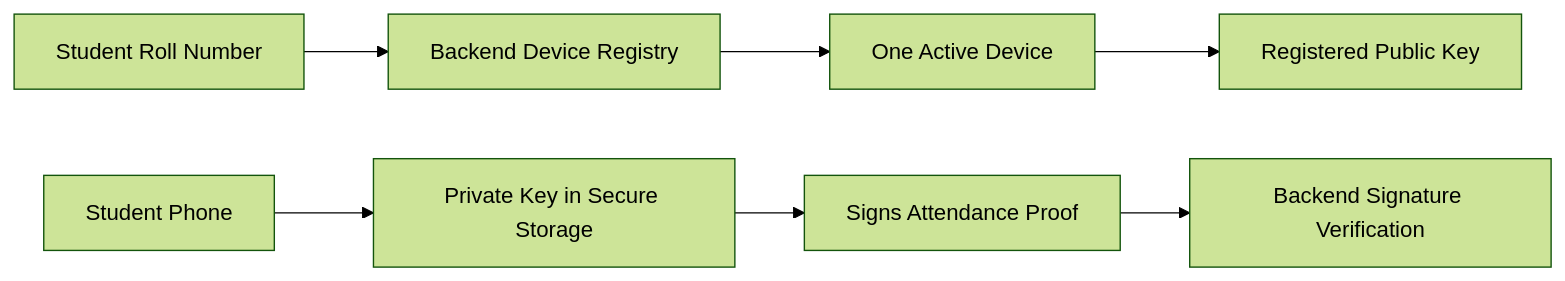
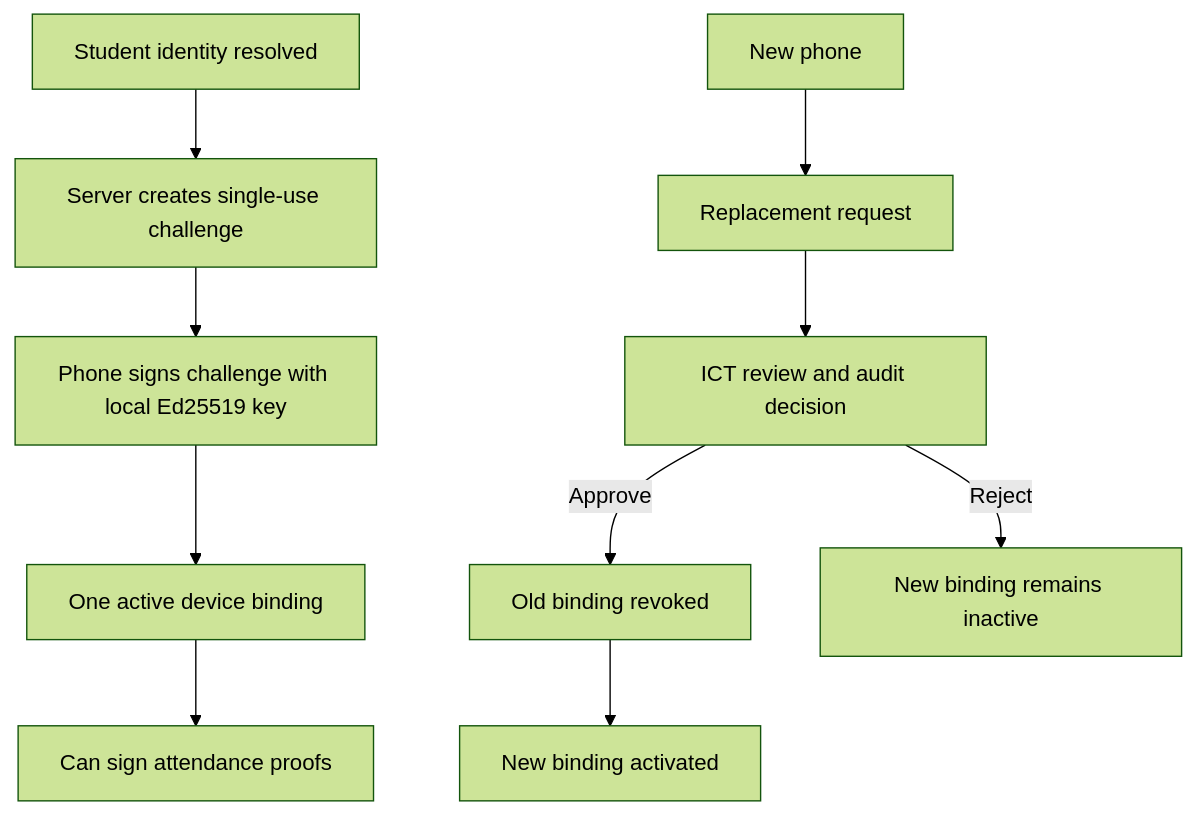
The third of 3 diagrams in README.md (InsaneCoder789/offlineqr-attendance), drawn with Mermaid (forest theme) before and after one commit. The commit also changed other lines of this file and 1 other file, not shown here.

````diff
--- a/README.md
+++ b/README.md
@@ -108,9 +94,12 @@
 ```mermaid
-flowchart LR
-    StudentID[Student Roll Number] --> Registry[Backend Device Registry]
-    Registry --> Active[One Active Device]
-    Active --> PublicKey[Registered Public Key]
-    Phone[Student Phone] --> PrivateKey[Private Key in Secure Storage]
-    PrivateKey --> Signature[Signs Attendance Proof]
-    Signature --> Verify[Backend Signature Verification]
+flowchart TD
+    Login[Student identity resolved] --> Challenge[Server creates single-use challenge]
+    Challenge --> Key[Phone signs challenge with local Ed25519 key]
+    Key --> Binding[One active device binding]
+    Binding --> Scan[Can sign attendance proofs]
+    NewPhone[New phone] --> Request[Replacement request]
+    Request --> ICT[ICT review and audit decision]
+    ICT -->|Approve| Revoke[Old binding revoked]
+    Revoke --> Activate[New binding activated]
+    ICT -->|Reject| Deny[New binding remains inactive]
 ```
````
